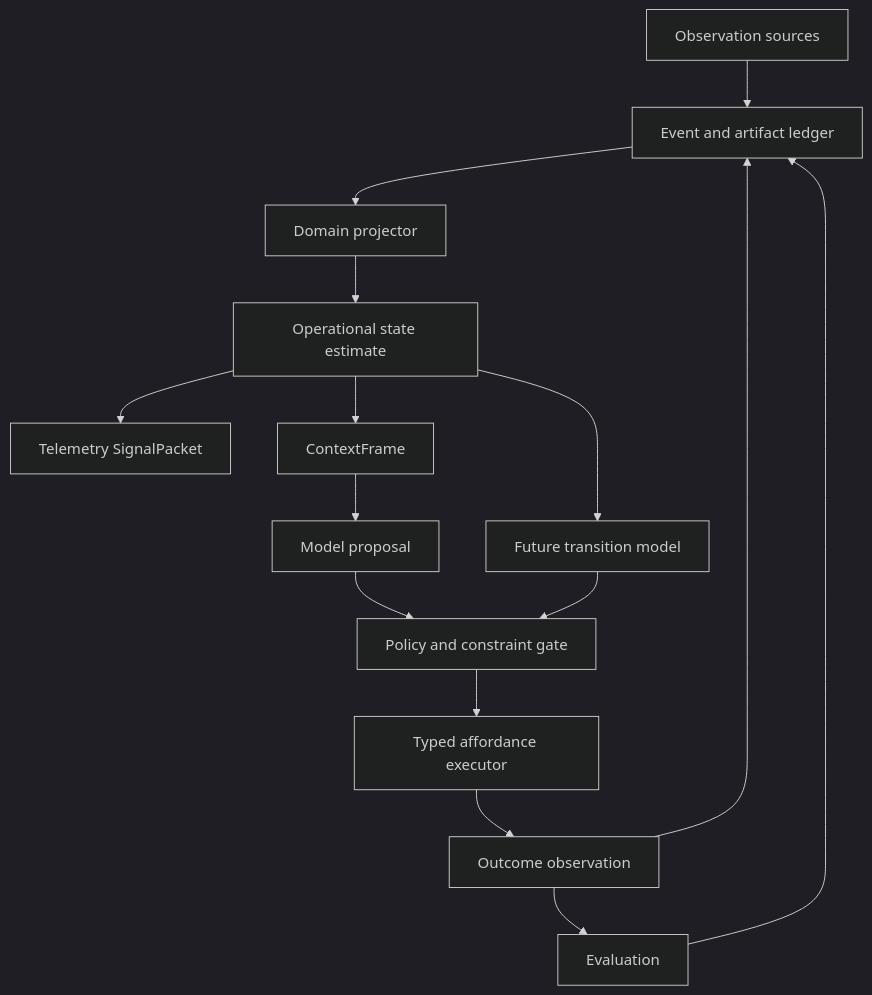
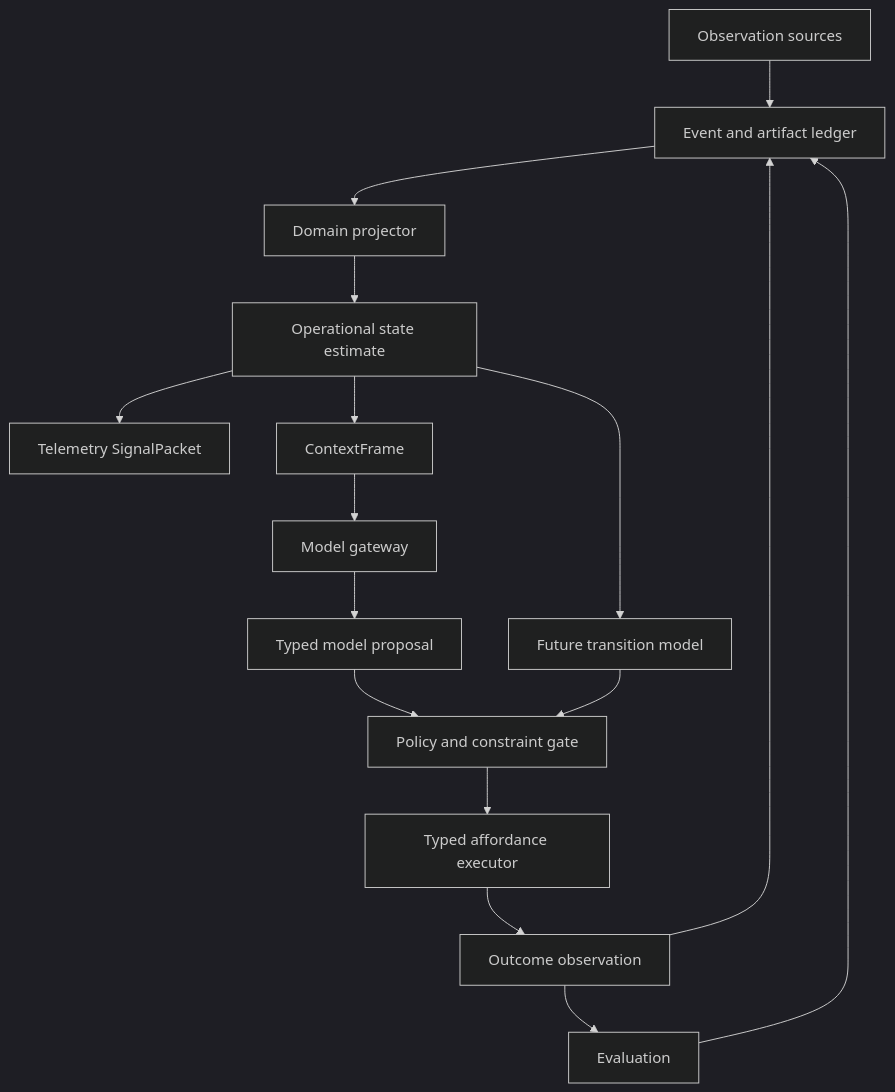
One commit to kmosoti/blackcell changed the diagram in docs/architecture.md. Above: the diagram before and after it, drawn with Mermaid (dark theme). The commit also changed other lines of this file and 8 other files, not shown here.

Commit message:
docs(architecture): ratify evolutionary runtime design

````diff
--- a/docs/architecture.md
+++ b/docs/architecture.md
@@ -20,17 +33,18 @@
 ```mermaid
 flowchart TD
     Sources[Observation sources] --> Ledger[Event and artifact ledger]
     Ledger --> Projector[Domain projector]
     Projector --> State[Operational state estimate]
     State --> Signal[Telemetry SignalPacket]
     State --> Context[ContextFrame]
-    Context --> Proposal[Model proposal]
+    Context --> Gateway[Model gateway]
+    Gateway --> Proposal[Typed model proposal]
     Proposal --> Gate[Policy and constraint gate]
     Gate --> Executor[Typed affordance executor]
     Executor --> Outcome[Outcome observation]
     Outcome --> Ledger
     Outcome --> Evaluation[Evaluation]
     Evaluation --> Ledger
     State --> Transition[Future transition model]
     Transition --> Gate
 ```
````
